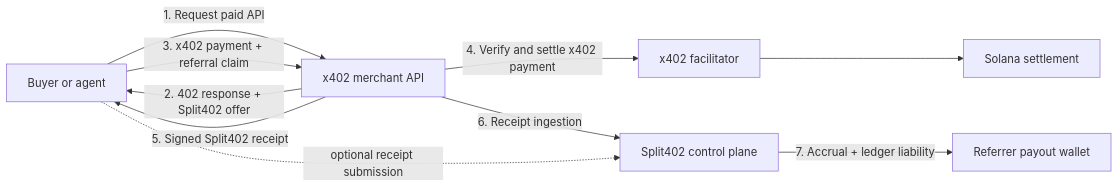
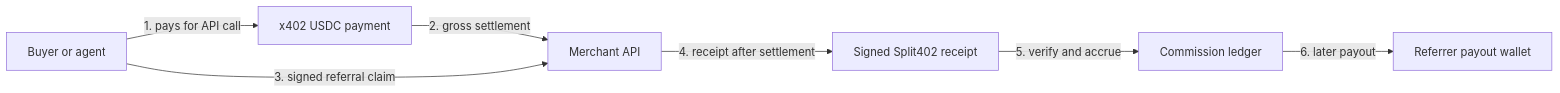
The first of 5 diagrams in README.md (split402protocol/splitx402), drawn with Mermaid before and after one commit. The commit also changed other lines of this file and 10 other files, not shown here.

````diff
--- a/README.md
+++ b/README.md
@@ -19,19 +39,16 @@
 ```mermaid
 flowchart LR
   Buyer["Buyer or agent"]
-  Merchant["x402 merchant API"]
-  Facilitator["x402 facilitator"]
-  Solana["Solana settlement"]
-  Control["Split402 control plane"]
+  Payment["x402 USDC payment"]
+  Merchant["Merchant API"]
+  Receipt["Signed Split402 receipt"]
+  Ledger["Commission ledger"]
   Referrer["Referrer payout wallet"]
 
-  Buyer -->|"1. Request paid API"| Merchant
-  Merchant -->|"2. 402 response + Split402 offer"| Buyer
-  Buyer -->|"3. x402 payment + referral claim"| Merchant
-  Merchant -->|"4. Verify and settle x402 payment"| Facilitator
-  Facilitator --> Solana
-  Merchant -->|"5. Signed Split402 receipt"| Buyer
-  Merchant -->|"6. Receipt ingestion"| Control
-  Buyer -.->|"optional receipt submission"| Control
-  Control -->|"7. Accrual + ledger liability"| Referrer
+  Buyer -->|"1. pays for API call"| Payment
+  Payment -->|"2. gross settlement"| Merchant
+  Buyer -->|"3. signed referral claim"| Merchant
+  Merchant -->|"4. receipt after settlement"| Receipt
+  Receipt -->|"5. verify and accrue"| Ledger
+  Ledger -->|"6. later payout"| Referrer
 ```
````
